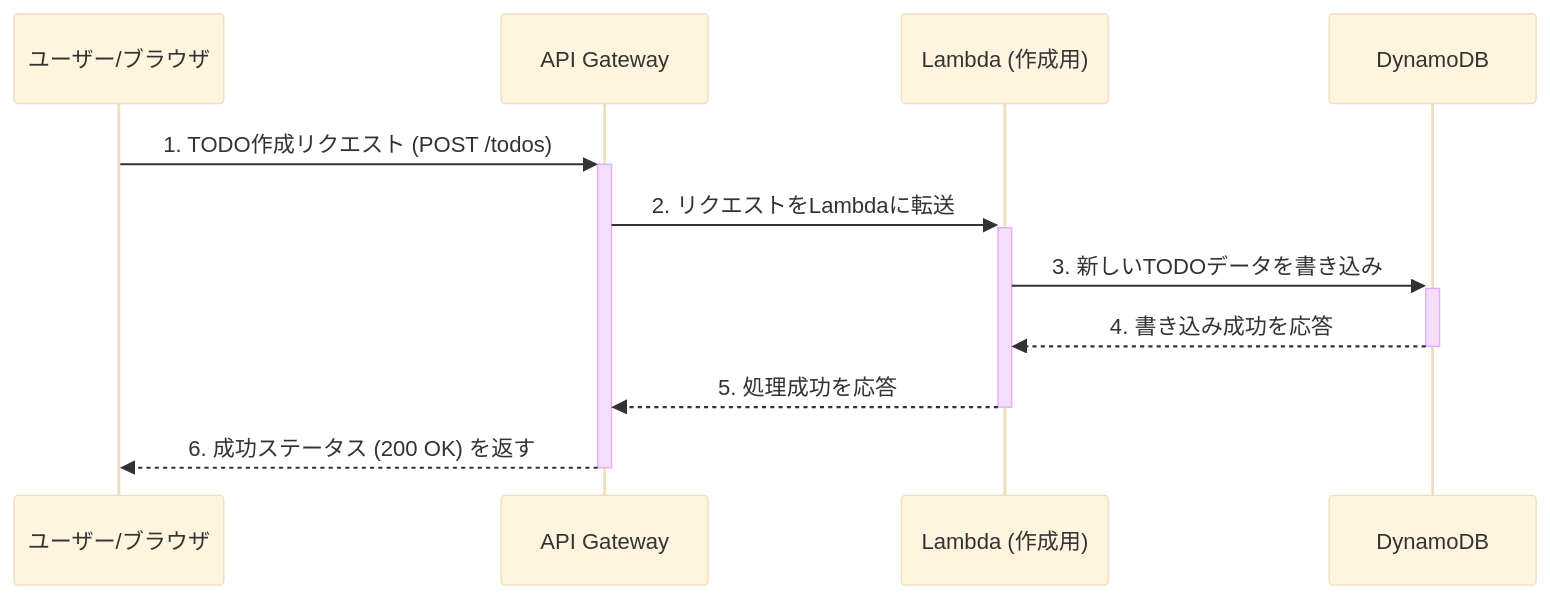
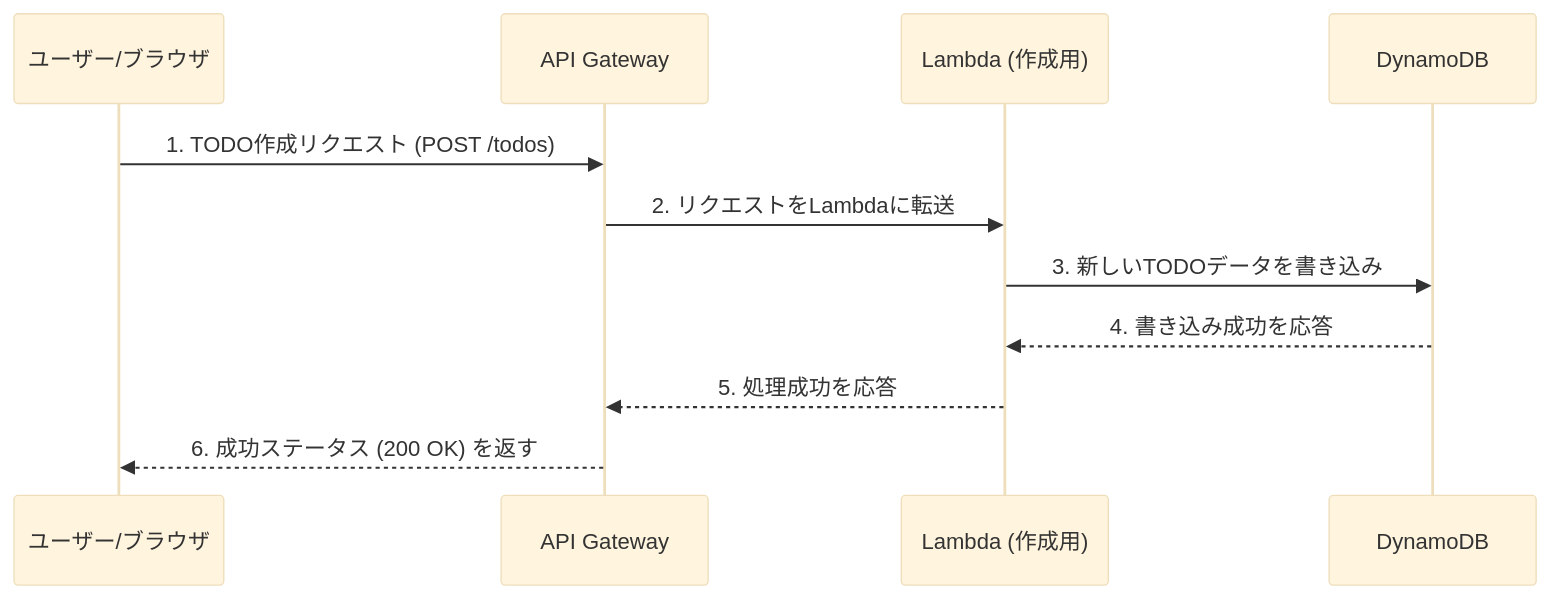
One commit to andsaki/cdk-study changed the second of 2 diagrams in README.md. Above: the diagram before and after it, drawn with Mermaid (base theme). The commit also changed other lines of this file and 1 other file, not shown here.

Commit message:
docs: Add documentation for production domains

````diff
--- a/README.md
+++ b/README.md
@@ -45,14 +45,14 @@
 ```mermaid
 sequenceDiagram
     participant ユーザー/ブラウザ
     participant API Gateway
     participant Lambda (作成用)
     participant DynamoDB
 
-    ユーザー/ブラウザ->>+API Gateway: 1. TODO作成リクエスト (POST /todos)
-    API Gateway->>+Lambda (作成用): 2. リクエストをLambdaに転送
-    Lambda (作成用)->>+DynamoDB: 3. 新しいTODOデータを書き込み
-    DynamoDB-->>-Lambda (作成用): 4. 書き込み成功を応答
-    Lambda (作成用)-->>-API Gateway: 5. 処理成功を応答
-    API Gateway-->>-ユーザー/ブラウザ: 6. 成功ステータス (200 OK) を返す
+    ユーザー/ブラウザ->>API Gateway: 1. TODO作成リクエスト (POST /todos)
+    API Gateway->>Lambda (作成用): 2. リクエストをLambdaに転送
+    Lambda (作成用)->>DynamoDB: 3. 新しいTODOデータを書き込み
+    DynamoDB-->>Lambda (作成用): 4. 書き込み成功を応答
+    Lambda (作成用)-->>API Gateway: 5. 処理成功を応答
+    API Gateway-->>ユーザー/ブラウザ: 6. 成功ステータス (200 OK) を返す
 ```
````
